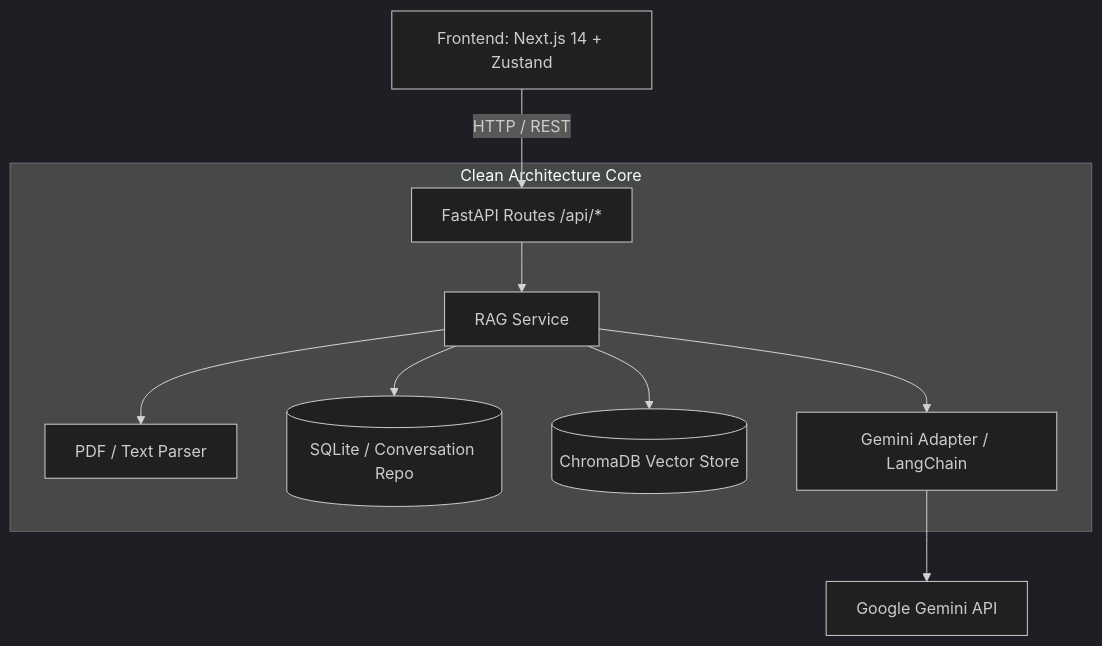
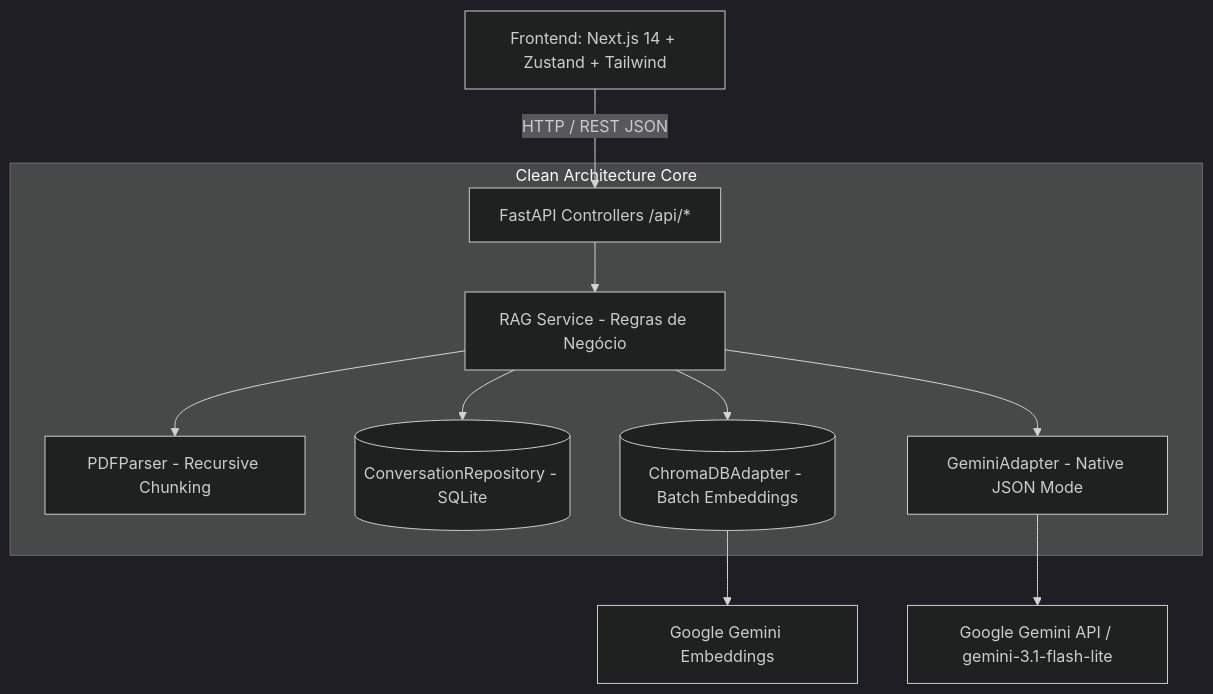
One commit to CaputiDev/oraculo changed the diagram in README.md. Above: the diagram before and after it, drawn with Mermaid (dark theme). The commit also changed other lines of this file, not shown here.

````diff
--- a/README.md
+++ b/README.md
@@ -53,14 +56,15 @@
 ```mermaid
 graph TD
-    Client[Frontend: Next.js 14 + Zustand] -->|HTTP / REST| API[FastAPI Routes /api/*]
+    Client[Frontend: Next.js 14 + Zustand + Tailwind] -->|HTTP / REST JSON| API[FastAPI Controllers /api/*]
     
     subgraph Backend [Clean Architecture Core]
-        API --> Service[RAG Service]
-        Service --> Parser[PDF / Text Parser]
-        Service --> Repo[(SQLite / Conversation Repo)]
-        Service --> VectorStore[(ChromaDB Vector Store)]
-        Service --> LLM[Gemini Adapter / LangChain]
+        API --> Service[RAG Service - Regras de Negócio]
+        Service --> Parser[PDFParser - Recursive Chunking]
+        Service --> Repo[(ConversationRepository - SQLite)]
+        Service --> VectorStore[(ChromaDBAdapter - Batch Embeddings)]
+        Service --> LLM[GeminiAdapter - Native JSON Mode]
     end
 
-    LLM --> GoogleAPI[Google Gemini API]
+    LLM --> GoogleAPI[Google Gemini API / gemini-3.1-flash-lite]
+    VectorStore --> EmbeddingsAPI[Google Gemini Embeddings]
 ```
````
